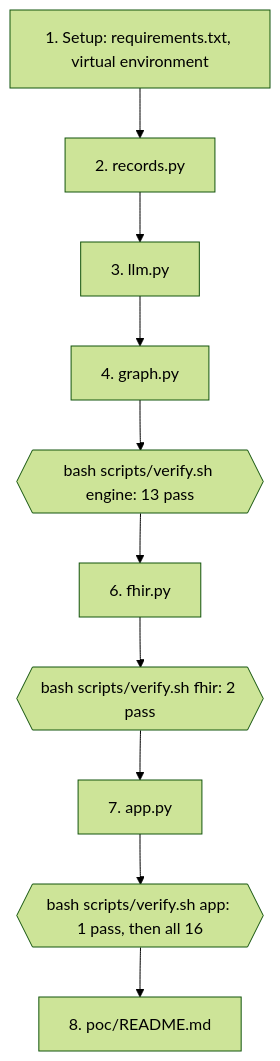
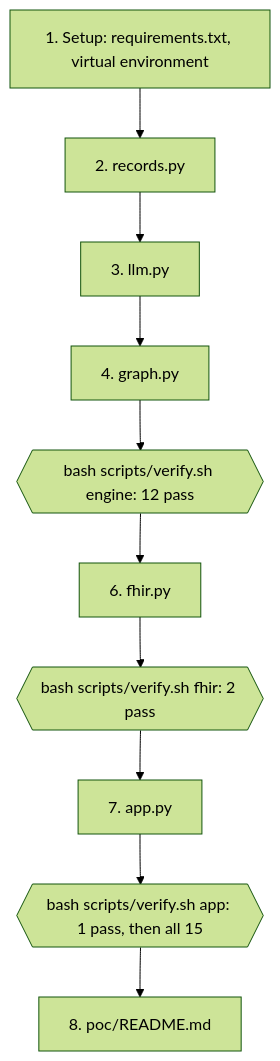
The first of 3 diagrams in docs/03_POC_LLD.md (yashprogrammer/cityforward-poc-claude-code), drawn with Mermaid (forest theme) before and after one commit. The commit also changed other lines of this file and 5 other files, not shown here.

````diff
--- a/docs/03_POC_LLD.md
+++ b/docs/03_POC_LLD.md
@@ -18,12 +18,12 @@
 ```mermaid
 flowchart TD
     S["1. Setup: requirements.txt, virtual environment"] --> R["2. records.py"]
     R --> L["3. llm.py"]
     L --> G["4. graph.py"]
-    G --> T1{{"bash scripts/verify.sh engine: 13 pass"}}
+    G --> T1{{"bash scripts/verify.sh engine: 12 pass"}}
     T1 --> F["6. fhir.py"]
     F --> T2{{"bash scripts/verify.sh fhir: 2 pass"}}
     T2 --> A["7. app.py"]
-    A --> T3{{"bash scripts/verify.sh app: 1 pass, then all 16"}}
+    A --> T3{{"bash scripts/verify.sh app: 1 pass, then all 15"}}
     T3 --> RD["8. poc/README.md"]
 ```
````
